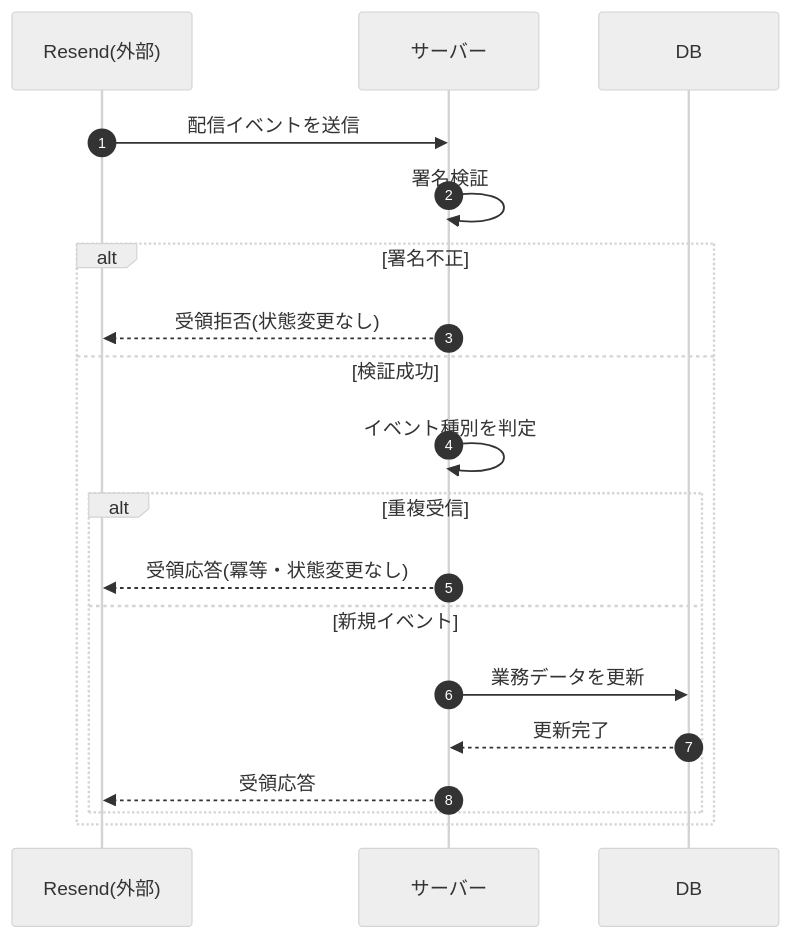
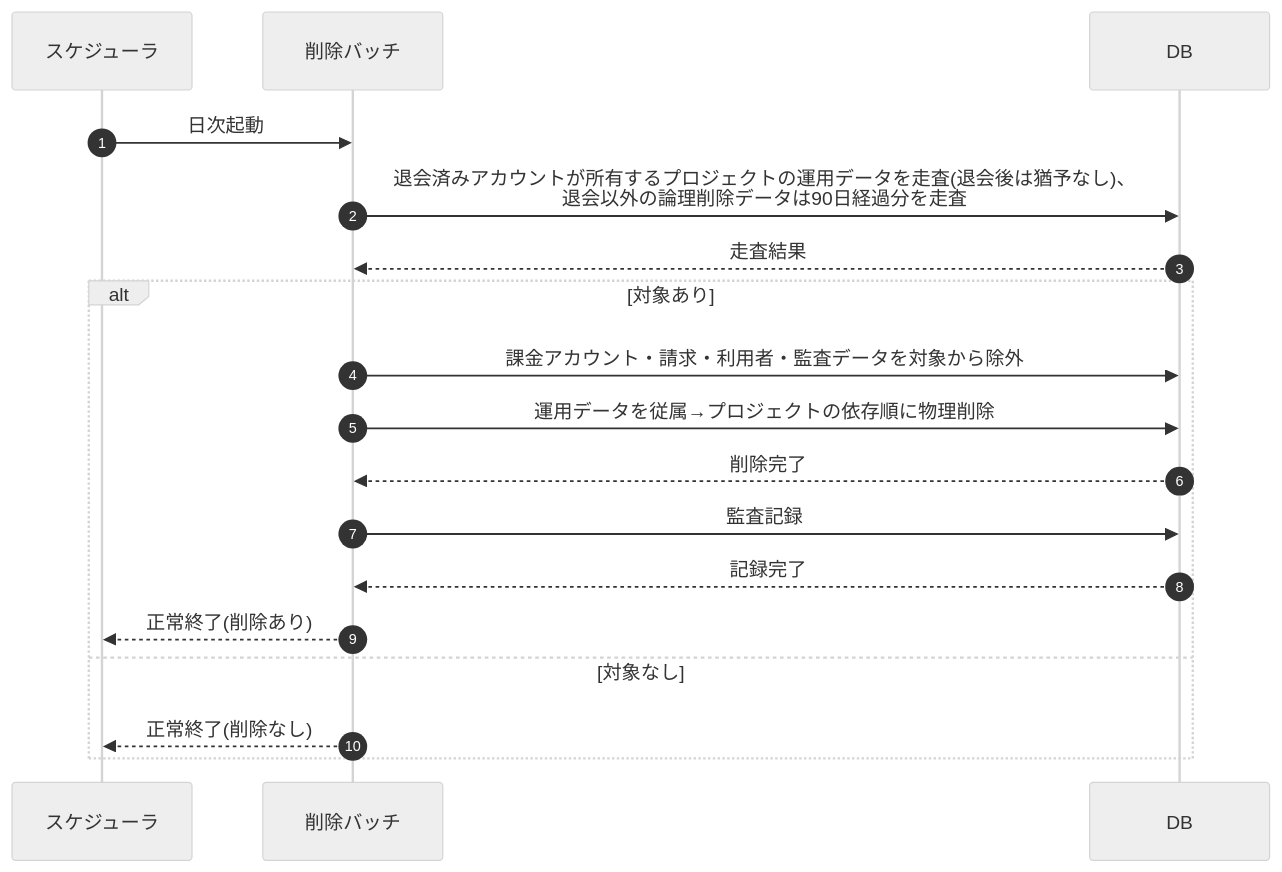
The diagram in 02_basic_design/03_sequences/SEQ-089.md (sikakou54/open-faq), drawn with Mermaid (neutral theme) before and after one commit. The commit also changed other lines of this file and 99 other files, not shown here.

````diff
--- a/02_basic_design/03_sequences/SEQ-089.md
+++ b/02_basic_design/03_sequences/SEQ-089.md
@@ -25,21 +25,20 @@
 ```mermaid
 sequenceDiagram
   autonumber
-  participant R as Resend(外部)
-  participant Server as サーバー
+  participant SCH as スケジューラ
+  participant B as 削除バッチ
   participant DB as DB
-  R->>Server: 配信イベントを送信
-  Server->>Server: 署名検証
-  alt 署名不正
-    Server-->>R: 受領拒否(状態変更なし)
-  else 検証成功
-    Server->>Server: イベント種別を判定
-    alt 重複受信
-      Server-->>R: 受領応答(冪等・状態変更なし)
-    else 新規イベント
-      Server->>DB: 業務データを更新
-      DB-->>Server: 更新完了
-      Server-->>R: 受領応答
-    end
+  SCH->>B: 日次起動
+  B->>DB: 退会済みアカウントが所有するプロジェクトの運用データを走査(退会後は猶予なし)、<br/>退会以外の論理削除データは90日経過分を走査
+  DB-->>B: 走査結果
+  alt 対象あり
+    B->>DB: 課金アカウント・請求・利用者・監査データを対象から除外
+    B->>DB: 運用データを従属→プロジェクトの依存順に物理削除
+    DB-->>B: 削除完了
+    B->>DB: 監査記録
+    DB-->>B: 記録完了
+    B-->>SCH: 正常終了(削除あり)
+  else 対象なし
+    B-->>SCH: 正常終了(削除なし)
   end
 ```
````
